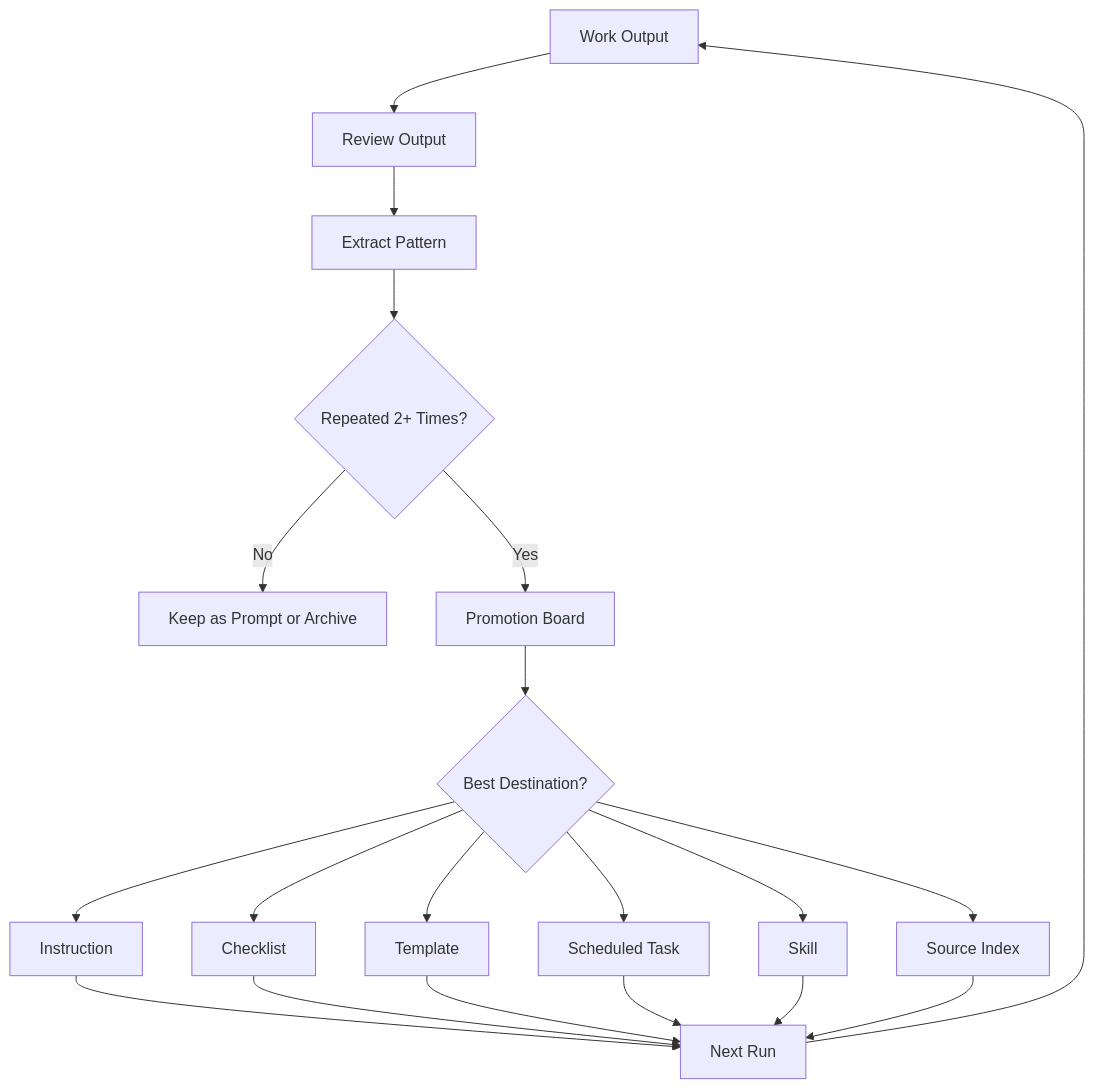
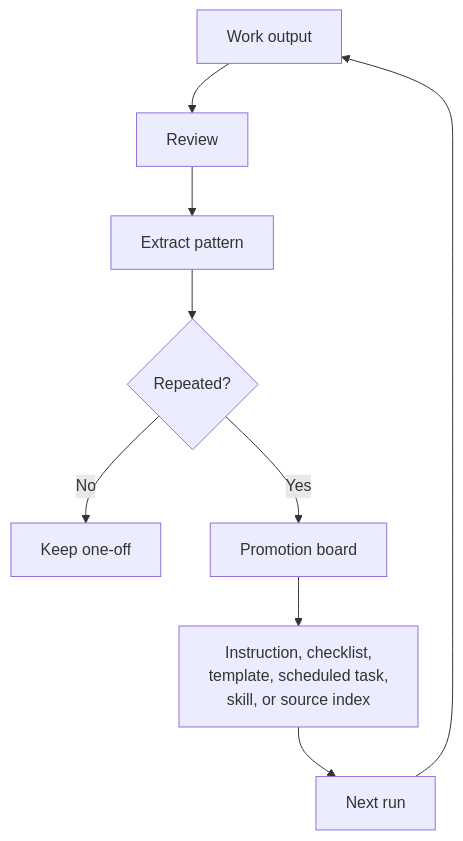
One commit to marcus-uden-dev/ai-native-proof-of-work changed the diagram in diagrams/RECURSIVE_AGENT_MODEL.md. Above: the diagram before and after it, drawn with Mermaid. The commit also changed other lines of this file and 78 other files, not shown here.

Commit message:
Reframe strategy and diagrams around project proof

````diff
--- a/diagrams/RECURSIVE_AGENT_MODEL.md
+++ b/diagrams/RECURSIVE_AGENT_MODEL.md
@@ -6,22 +6,11 @@
 ```mermaid
 flowchart TD
-    A[Work Output] --> B[Review Output]
-    B --> C[Extract Pattern]
-    C --> D{Repeated 2+ Times?}
-    D -->|No| E[Keep as Prompt or Archive]
-    D -->|Yes| F[Promotion Board]
-    F --> G{Best Destination?}
-    G --> H[Instruction]
-    G --> I[Checklist]
-    G --> J[Template]
-    G --> K[Scheduled Task]
-    G --> L[Skill]
-    G --> M[Source Index]
-    H --> N[Next Run]
-    I --> N
-    J --> N
-    K --> N
-    L --> N
-    M --> N
-    N --> A
+    A["Work output"] --> B["Review"]
+    B --> C["Extract pattern"]
+    C --> D{"Repeated?"}
+    D -->|No| E["Keep one-off"]
+    D -->|Yes| F["Promotion board"]
+    F --> G["Instruction, checklist,<br/>template, scheduled task,<br/>skill, or source index"]
+    G --> H["Next run"]
+    H --> A
 ```
````
